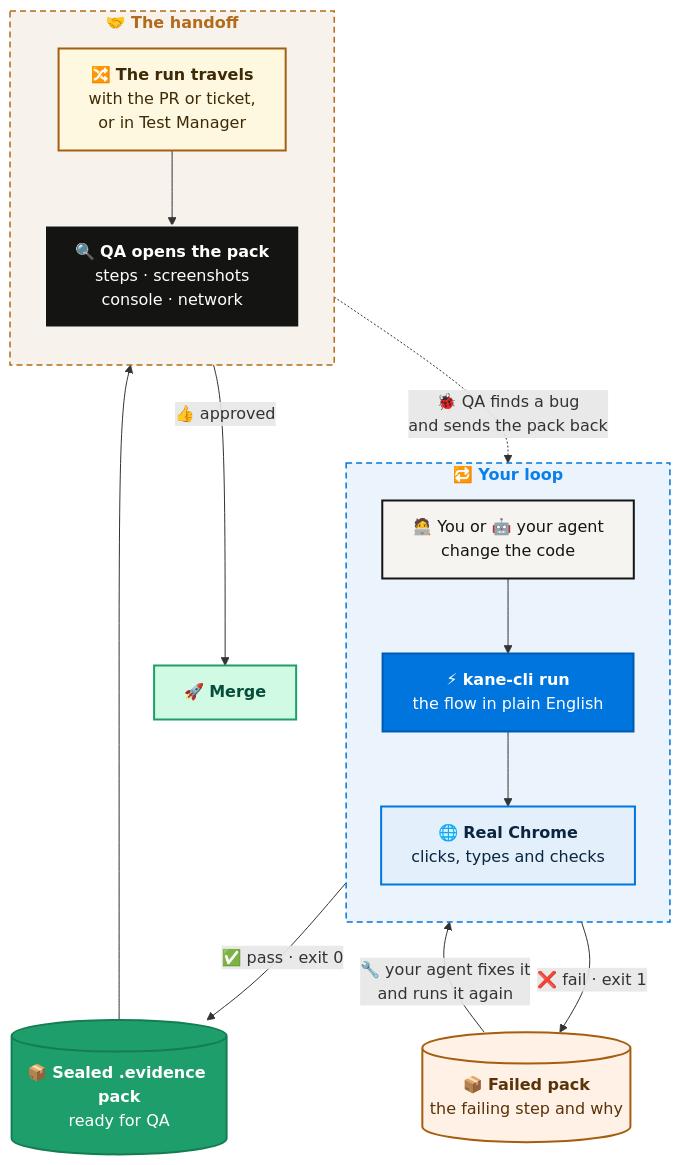
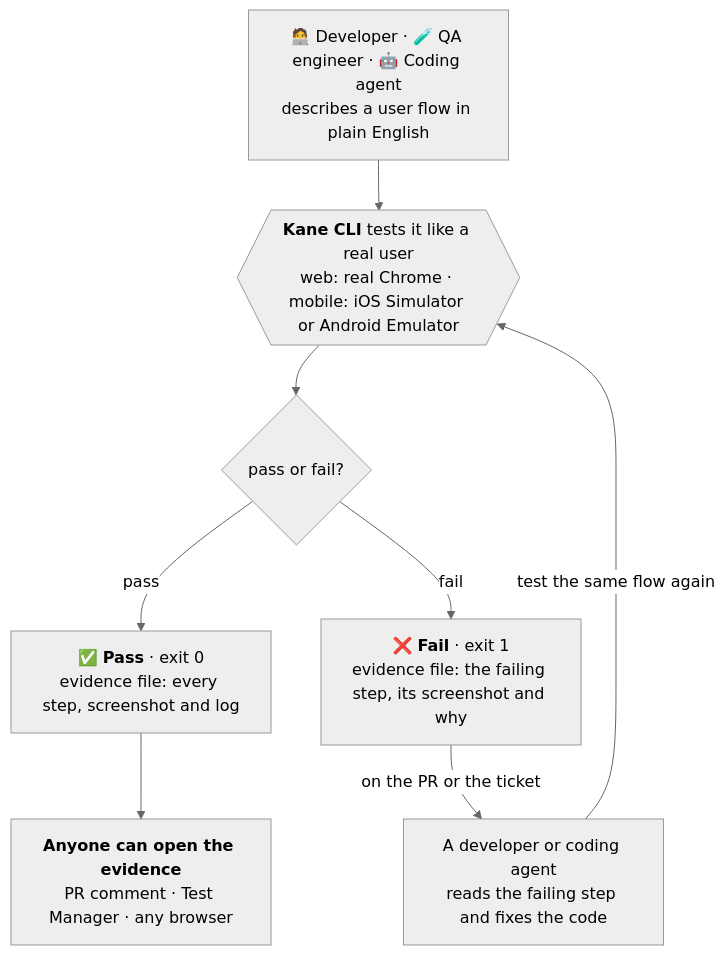
One commit to anubhavsinghmaar/readme-check changed the first of 2 diagrams in README.md. Above: the diagram before and after it, drawn with Mermaid. The commit also changed other lines of this file and 3 other files, not shown here.

Commit message:
Draft 5: star section moved up (after What is Kane CLI, like TestSprite), black-and-white How it works flowchart for every user, new tagline

````diff
--- a/README.md
+++ b/README.md
@@ -217,41 +223,18 @@
 ```mermaid
+%%{init: {'theme': 'neutral'}}%%
 flowchart TD
-    subgraph LOOP["<b>🔁 Your loop</b>"]
-        direction TB
-        A["🧑‍💻 You or 🤖 your agent<br/>change the code"]
-        B["⚡ <b>kane-cli run</b><br/>the flow in plain English"]
-        C["🌐 <b>Real Chrome</b><br/>clicks, types and checks"]
-        A --> B --> C
-    end
-    C -->|"✅ pass · exit 0"| E[("📦 <b>Sealed .evidence pack</b><br/>ready for QA")]
-    C -->|"❌ fail · exit 1"| X[("📦 <b>Failed pack</b><br/>the failing step and why")]
-    X -->|"🔧 your agent fixes it<br/>and runs it again"| A
-    E --> F
-    subgraph HANDOFF["<b>🤝 The handoff</b>"]
-        direction TB
-        F["🔀 <b>The run travels</b><br/>with the PR or ticket,<br/>or in Test Manager"]
-        G["🔍 <b>QA opens the pack</b><br/>steps · screenshots<br/>console · network"]
-        F --> G
-    end
-    G -->|"👍 approved"| H["🚀 <b>Merge</b>"]
-    G -.->|"🐞 QA finds a bug<br/>and sends the pack back"| A
+    A["🧑‍💻 Developer · 🧪 QA engineer · 🤖 Coding agent<br/>describes a user flow in plain English"]
+    K{{"<b>Kane CLI</b> tests it like a real user<br/>web: real Chrome · mobile: iOS Simulator or Android Emulator"}}
+    V{"pass or fail?"}
+    P["✅ <b>Pass</b> · exit 0<br/>evidence file: every step, screenshot and log"]
+    F["❌ <b>Fail</b> · exit 1<br/>evidence file: the failing step, its screenshot and why"]
+    S["<b>Anyone can open the evidence</b><br/>PR comment · Test Manager · any browser"]
+    X["A developer or coding agent<br/>reads the failing step and fixes the code"]
 
-    classDef you fill:#F5F4F0,stroke:#141413,stroke-width:2px,color:#141413
-    classDef kane fill:#0075DE,stroke:#005BB0,stroke-width:2px,color:#FFFFFF
-    classDef chrome fill:#E3F0FC,stroke:#0075DE,stroke-width:2px,color:#0B2540
-    classDef pass fill:#1E9E6A,stroke:#147D52,stroke-width:2px,color:#FFFFFF
-    classDef fail fill:#FFF1E6,stroke:#A45E10,stroke-width:2px,color:#5A3308
-    classDef hand fill:#FFF8E1,stroke:#A45E10,stroke-width:2px,color:#3D2A06
-    classDef qa fill:#141413,stroke:#F5F4F0,stroke-width:2px,color:#FFFFFF
-    classDef ship fill:#D1FAE5,stroke:#1E9E6A,stroke-width:2px,color:#064E3B
-    class A you
-    class B kane
-    class C chrome
-    class E pass
-    class X fail
-    class F hand
-    class G qa
-    class H ship
-    style LOOP fill:#0075DE14,stroke:#0075DE,stroke-width:1.5px,stroke-dasharray:6 4,color:#0A7FE8
-    style HANDOFF fill:#A45E1014,stroke:#B26B1C,stroke-width:1.5px,stroke-dasharray:6 4,color:#B26B1C
+    A --> K --> V
+    V -->|"pass"| P
+    V -->|"fail"| F
+    P --> S
+    F -->|"on the PR or the ticket"| X
+    X -->|"test the same flow again"| K
 ```
````
